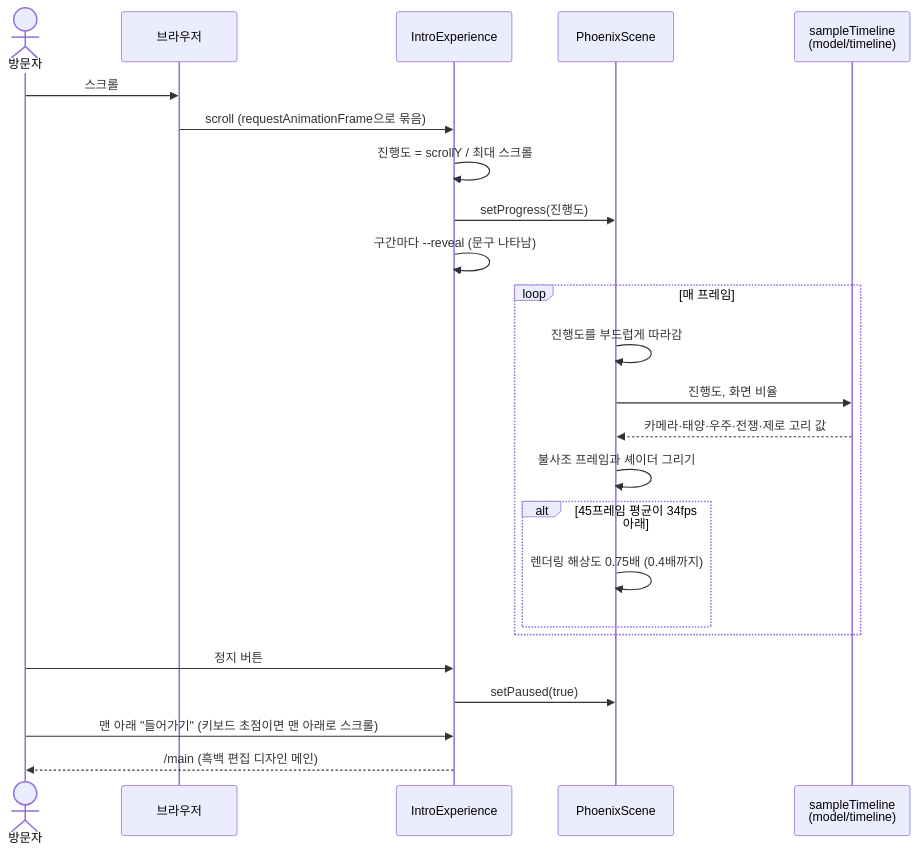
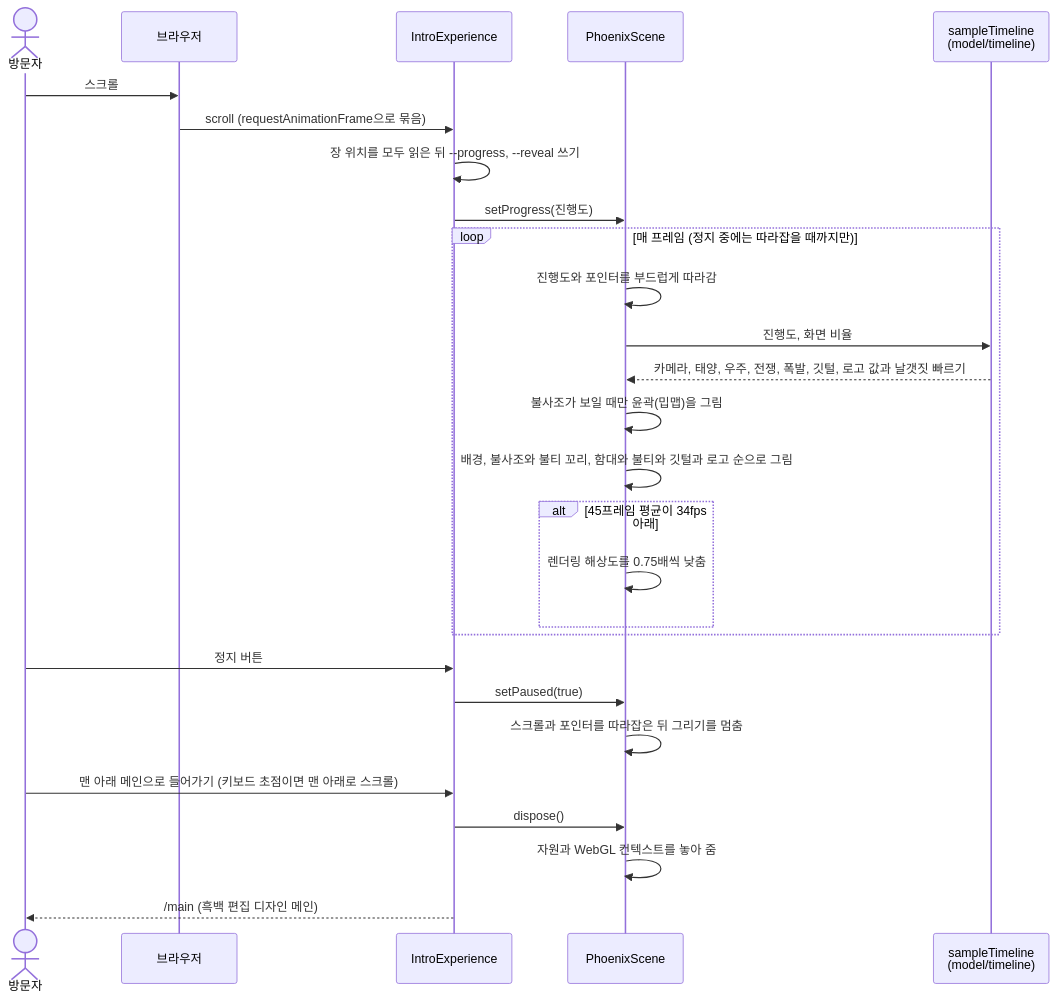
Before and after one commit to ryushin01/Genesis: the second of 2 diagrams in docs/sequence-diagrams.md, drawn with Mermaid. The commit also changed other lines of this file, not shown here.

First line of the commit message:
시퀀스 다이어그램을 0.5.0 동작에 맞게 고침

````diff
--- a/docs/sequence-diagrams.md
+++ b/docs/sequence-diagrams.md
@@ -33,27 +46,30 @@
 ```mermaid
 sequenceDiagram
     actor 방문자
     participant 창 as 브라우저
     participant 인트로 as IntroExperience
     participant 장면 as PhoenixScene
     participant 타임라인 as sampleTimeline<br/>(model/timeline)
 
     방문자->>창: 스크롤
     창->>인트로: scroll (requestAnimationFrame으로 묶음)
-    인트로->>인트로: 진행도 = scrollY / 최대 스크롤
+    인트로->>인트로: 장 위치를 모두 읽은 뒤 --progress, --reveal 쓰기
     인트로->>장면: setProgress(진행도)
-    인트로->>인트로: 구간마다 --reveal (문구 나타남)
-    loop 매 프레임
-        장면->>장면: 진행도를 부드럽게 따라감
+    loop 매 프레임 (정지 중에는 따라잡을 때까지만)
+        장면->>장면: 진행도와 포인터를 부드럽게 따라감
         장면->>타임라인: 진행도, 화면 비율
-        타임라인-->>장면: 카메라·태양·우주·전쟁·제로 고리 값
-        장면->>장면: 불사조 프레임과 셰이더 그리기
+        타임라인-->>장면: 카메라, 태양, 우주, 전쟁, 폭발, 깃털, 로고 값과 날갯짓 빠르기
+        장면->>장면: 불사조가 보일 때만 윤곽(밉맵)을 그림
+        장면->>장면: 배경, 불사조와 불티 꼬리, 함대와 불티와 깃털과 로고 순으로 그림
         alt 45프레임 평균이 34fps 아래
-            장면->>장면: 렌더링 해상도 0.75배 (0.4배까지)
+            장면->>장면: 렌더링 해상도를 0.75배씩 낮춤
         end
     end
     방문자->>인트로: 정지 버튼
     인트로->>장면: setPaused(true)
-    방문자->>인트로: 맨 아래 "들어가기" (키보드 초점이면 맨 아래로 스크롤)
+    장면->>장면: 스크롤과 포인터를 따라잡은 뒤 그리기를 멈춤
+    방문자->>인트로: 맨 아래 메인으로 들어가기 (키보드 초점이면 맨 아래로 스크롤)
+    인트로->>장면: dispose()
+    장면->>장면: 자원과 WebGL 컨텍스트를 놓아 줌
     인트로-->>방문자: /main (흑백 편집 디자인 메인)
 ```
````
